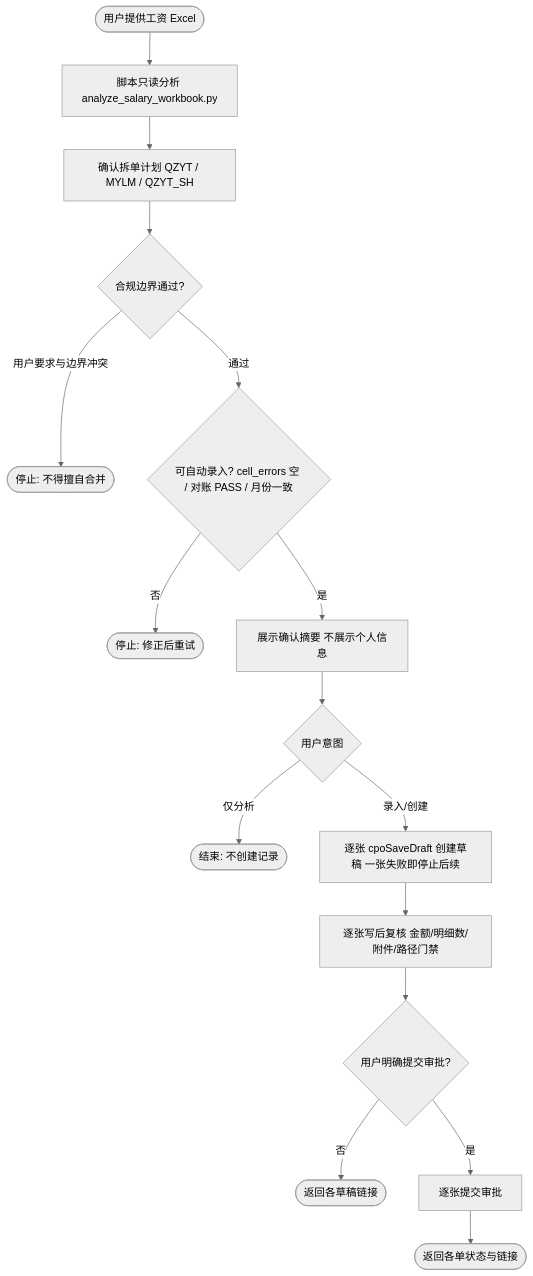
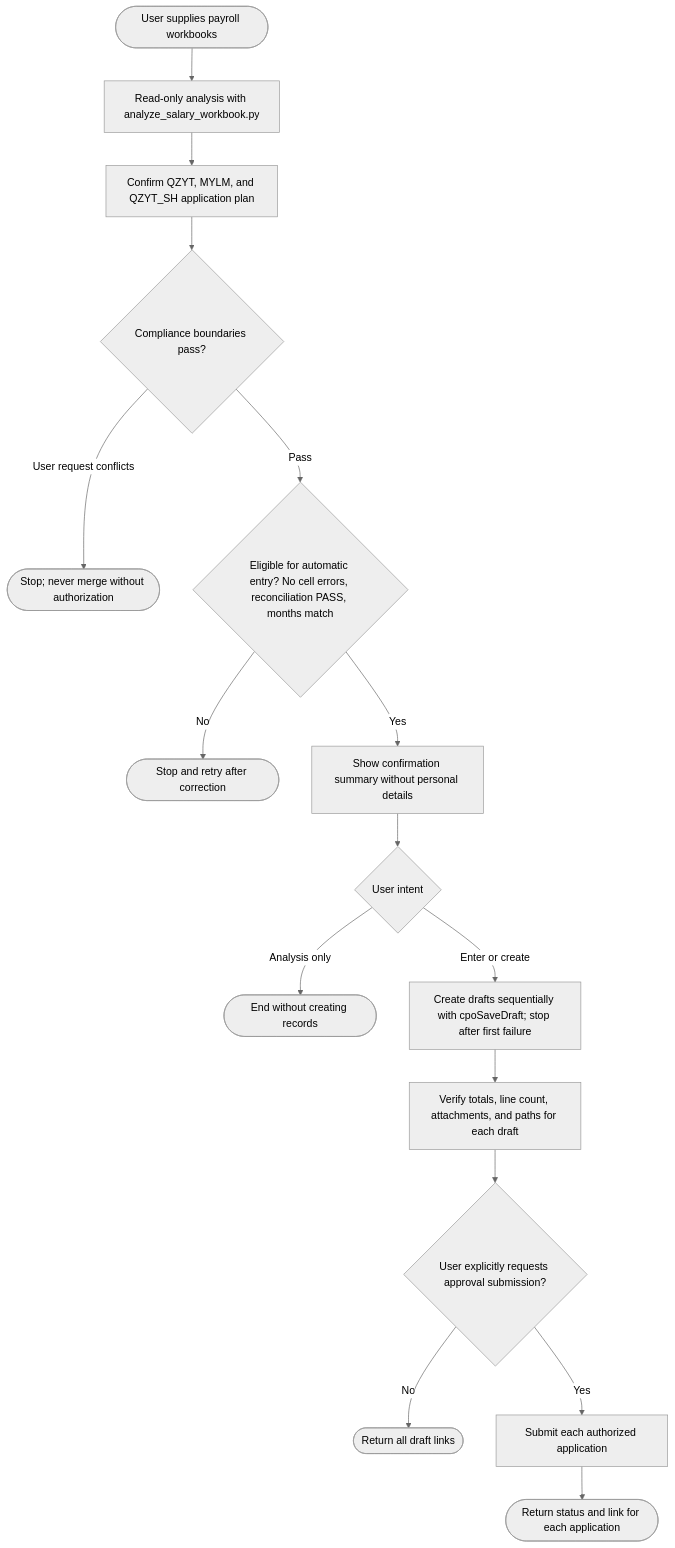
One commit to lovrabet/ei-demo changed the diagram in .agents/skills/cpo-salary-payment-from-excel/SKILL.md. Above: the diagram before and after it, drawn with Mermaid (neutral theme). The commit also changed other lines of this file and 80 other files, not shown here.

````diff
--- a/.agents/skills/cpo-salary-payment-from-excel/SKILL.md
+++ b/.agents/skills/cpo-salary-payment-from-excel/SKILL.md
@@ -16,18 +16,18 @@
 ```mermaid
 flowchart TD
-  Start([用户提供工资 Excel]) --> L1[脚本只读分析 analyze_salary_workbook.py]
-  L1 --> L2[确认拆单计划 QZYT / MYLM / QZYT_SH]
-  L2 --> L3{合规边界通过?}
-  L3 -- 用户要求与边界冲突 --> Stop1([停止: 不得擅自合并])
-  L3 -- 通过 --> L4{可自动录入? cell_errors 空 / 对账 PASS / 月份一致}
-  L4 -- 否 --> Stop2([停止: 修正后重试])
-  L4 -- 是 --> L5[展示确认摘要 不展示个人信息]
-  L5 --> L6{用户意图}
-  L6 -- 仅分析 --> E1([结束: 不创建记录])
-  L6 -- 录入/创建 --> L7[逐张 cpoSaveDraft 创建草稿 一张失败即停止后续]
-  L7 --> L8[逐张写后复核 金额/明细数/附件/路径门禁]
-  L8 --> L9{用户明确提交审批?}
-  L9 -- 否 --> E2([返回各草稿链接])
-  L9 -- 是 --> L10[逐张提交审批]
-  L10 --> E3([返回各单状态与链接])
+  Start([User supplies payroll workbooks]) --> L1[Read-only analysis with analyze_salary_workbook.py]
+  L1 --> L2[Confirm QZYT, MYLM, and QZYT_SH application plan]
+  L2 --> L3{Compliance boundaries pass?}
+  L3 -- User request conflicts --> Stop1([Stop; never merge without authorization])
+  L3 -- Pass --> L4{Eligible for automatic entry? No cell errors, reconciliation PASS, months match}
+  L4 -- No --> Stop2([Stop and retry after correction])
+  L4 -- Yes --> L5[Show confirmation summary without personal details]
+  L5 --> L6{User intent}
+  L6 -- Analysis only --> E1([End without creating records])
+  L6 -- Enter or create --> L7[Create drafts sequentially with cpoSaveDraft; stop after first failure]
+  L7 --> L8[Verify totals, line count, attachments, and paths for each draft]
+  L8 --> L9{User explicitly requests approval submission?}
+  L9 -- No --> E2([Return all draft links])
+  L9 -- Yes --> L10[Submit each authorized application]
+  L10 --> E3([Return status and link for each application])
 ```
````
